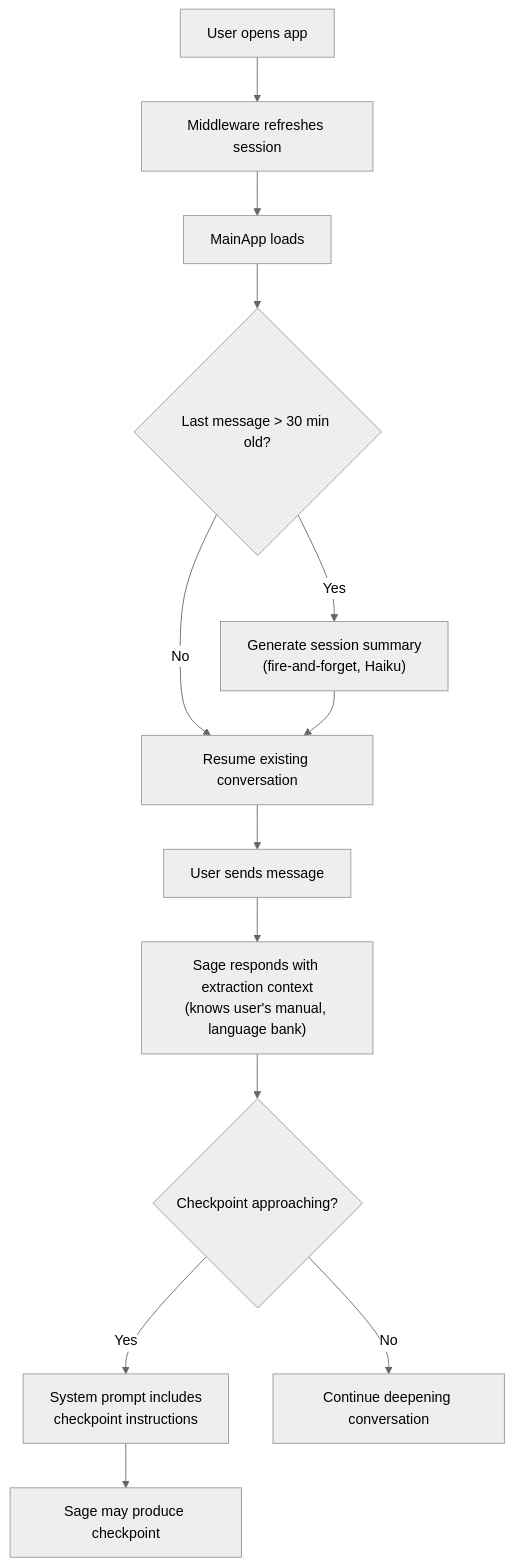
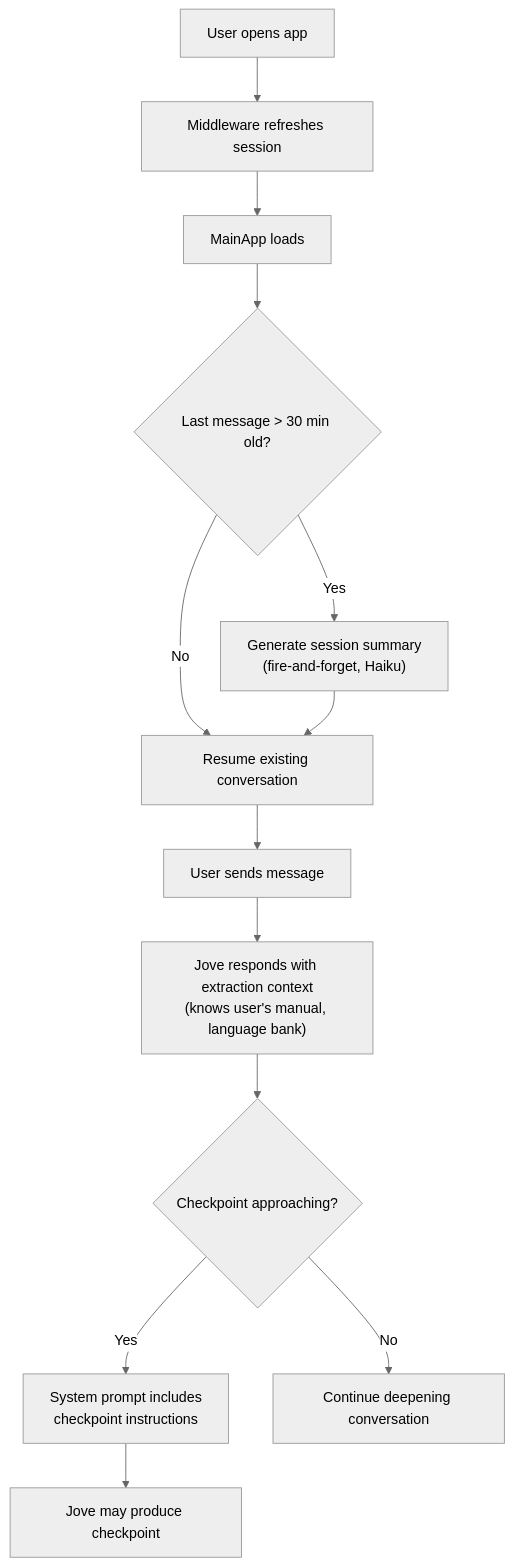
The fourth of 7 diagrams in .claude/diagrams/user-flows.md (h2onation/mantle), drawn with Mermaid (neutral theme) before and after one commit. The commit also changed other lines of this file and 16 other files, not shown here.

````diff
--- a/.claude/diagrams/user-flows.md
+++ b/.claude/diagrams/user-flows.md
@@ -48,15 +48,15 @@
 ```mermaid
 flowchart TD
     A[User opens app] --> B["Middleware refreshes session"]
     B --> C["MainApp loads"]
     C --> D{"Last message > 30 min old?"}
     D -- Yes --> E["Generate session summary<br/>(fire-and-forget, Haiku)"]
     D -- No --> F["Resume existing conversation"]
     E --> F
     F --> G["User sends message"]
-    G --> H["Sage responds with extraction context<br/>(knows user's manual, language bank)"]
+    G --> H["Jove responds with extraction context<br/>(knows user's manual, language bank)"]
     H --> I{"Checkpoint approaching?"}
     I -- Yes --> J["System prompt includes<br/>checkpoint instructions"]
     I -- No --> K["Continue deepening conversation"]
-    J --> L["Sage may produce checkpoint"]
+    J --> L["Jove may produce checkpoint"]
 ```
````
